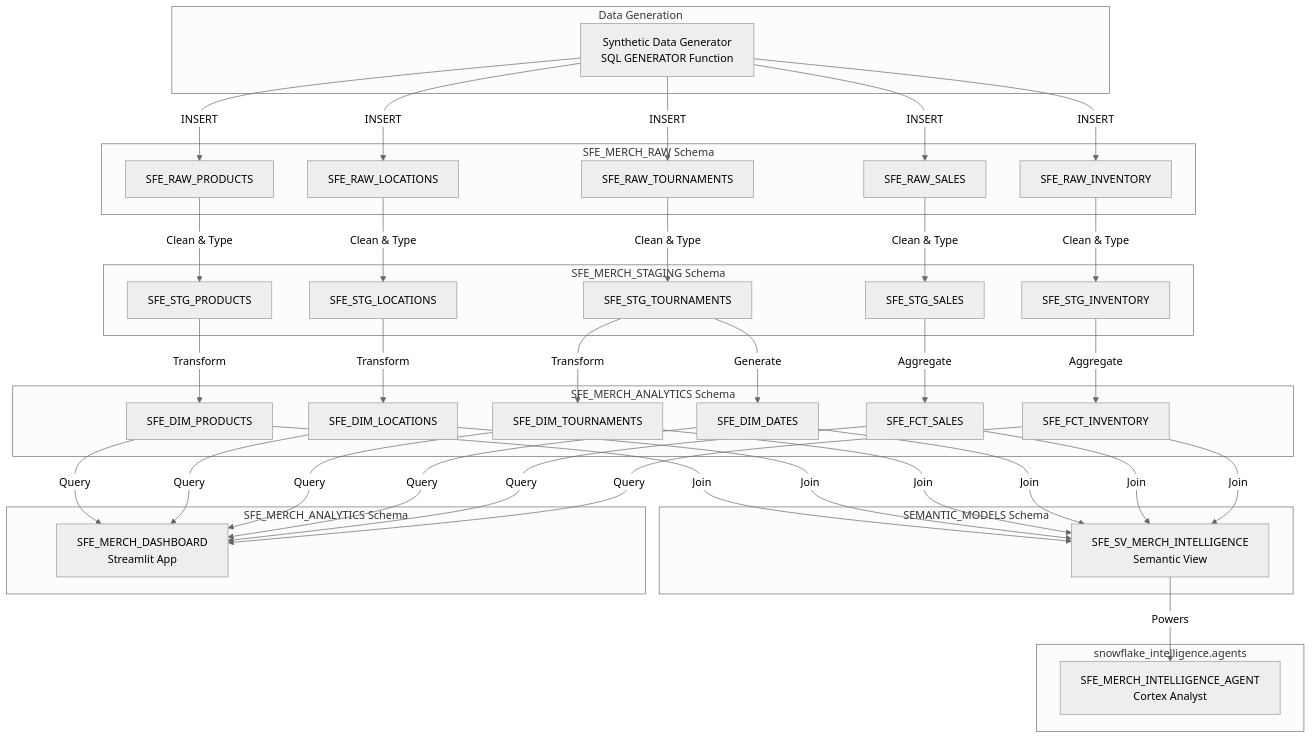
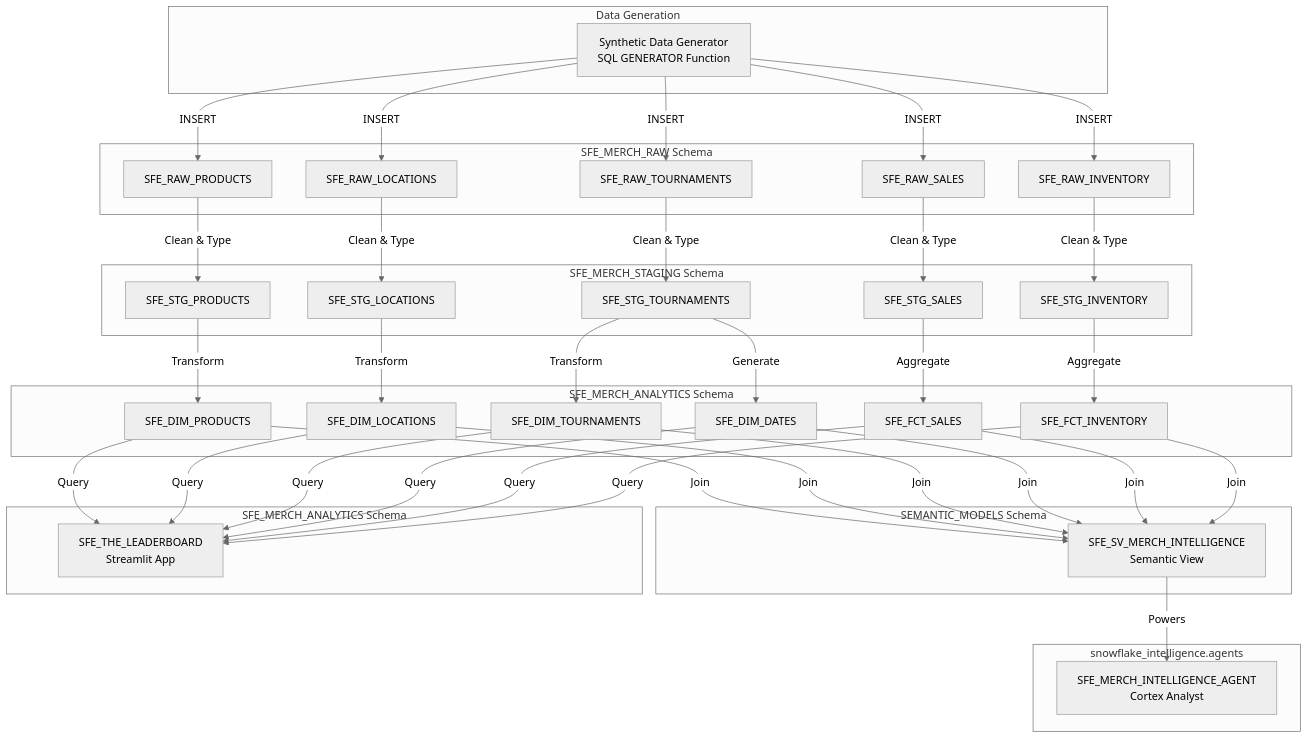
One commit to sfc-gh-miwhitaker/merchmasters changed the diagram in diagrams/data-flow.md. Above: the diagram before and after it, drawn with Mermaid (neutral theme). The commit also changed 5 other files, not shown here.

Commit message:
Rename Streamlit Dashboard from SFE_MERCH_DASHBOARD to SFE_THE_LEADERBOARD across all relevant files. Updated documentation, SQL scripts, and the Streamlit app to reflect the new name, ensuring consistency throughout the project.

````diff
--- a/diagrams/data-flow.md
+++ b/diagrams/data-flow.md
@@ -16,62 +16,62 @@
 ```mermaid
 flowchart TB
     subgraph Sources["Data Generation"]
         GEN[Synthetic Data Generator<br/>SQL GENERATOR Function]
     end
     
     subgraph RAW["SFE_MERCH_RAW Schema"]
         RP[SFE_RAW_PRODUCTS]
         RL[SFE_RAW_LOCATIONS]
         RT[SFE_RAW_TOURNAMENTS]
         RS[SFE_RAW_SALES]
         RI[SFE_RAW_INVENTORY]
     end
     
     subgraph STG["SFE_MERCH_STAGING Schema"]
         SP[SFE_STG_PRODUCTS]
         SL[SFE_STG_LOCATIONS]
         STS[SFE_STG_TOURNAMENTS]
         SS[SFE_STG_SALES]
         SI[SFE_STG_INVENTORY]
     end
     
     subgraph ANALYTICS["SFE_MERCH_ANALYTICS Schema"]
         DP[SFE_DIM_PRODUCTS]
         DL[SFE_DIM_LOCATIONS]
         DT[SFE_DIM_TOURNAMENTS]
         DD[SFE_DIM_DATES]
         FS[SFE_FCT_SALES]
         FI[SFE_FCT_INVENTORY]
     end
     
     subgraph SEMANTIC["SEMANTIC_MODELS Schema"]
         SV[SFE_SV_MERCH_INTELLIGENCE<br/>Semantic View]
     end
     
     subgraph AGENT["snowflake_intelligence.agents"]
         AI[SFE_MERCH_INTELLIGENCE_AGENT<br/>Cortex Analyst]
     end
     
     subgraph STREAMLIT["SFE_MERCH_ANALYTICS Schema"]
-        SIS[SFE_MERCH_DASHBOARD<br/>Streamlit App]
+        SIS[SFE_THE_LEADERBOARD<br/>Streamlit App]
     end
     
     GEN -->|INSERT| RP & RL & RT & RS & RI
     
     RP -->|Clean & Type| SP
     RL -->|Clean & Type| SL
     RT -->|Clean & Type| STS
     RS -->|Clean & Type| SS
     RI -->|Clean & Type| SI
     
     SP -->|Transform| DP
     SL -->|Transform| DL
     STS -->|Transform| DT
     STS -->|Generate| DD
     SS -->|Aggregate| FS
     SI -->|Aggregate| FI
     
     DP & DL & DT & DD & FS & FI -->|Join| SV
     SV -->|Powers| AI
     DP & DL & DT & DD & FS & FI -->|Query| SIS
 ```
````
